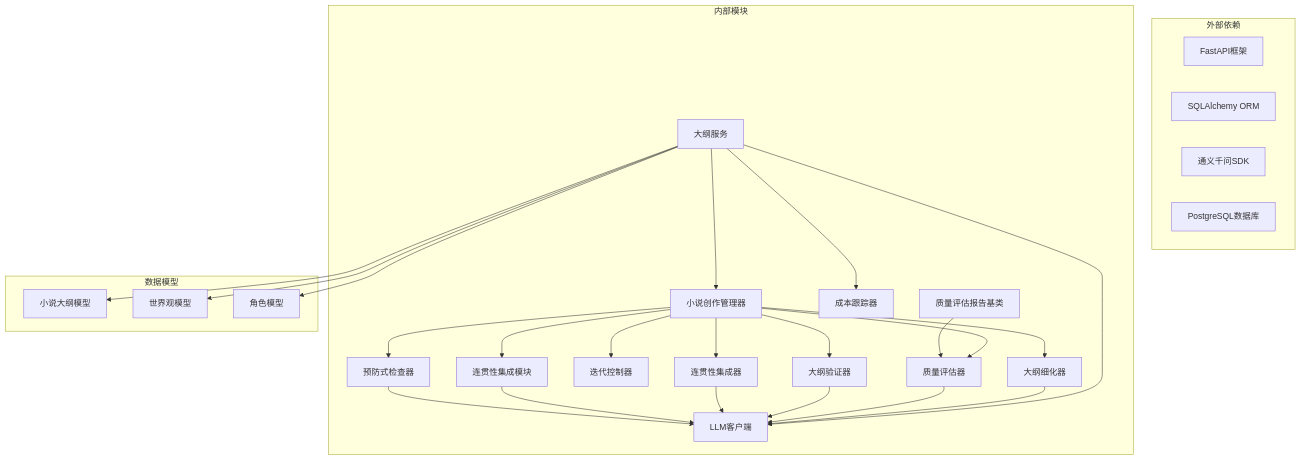
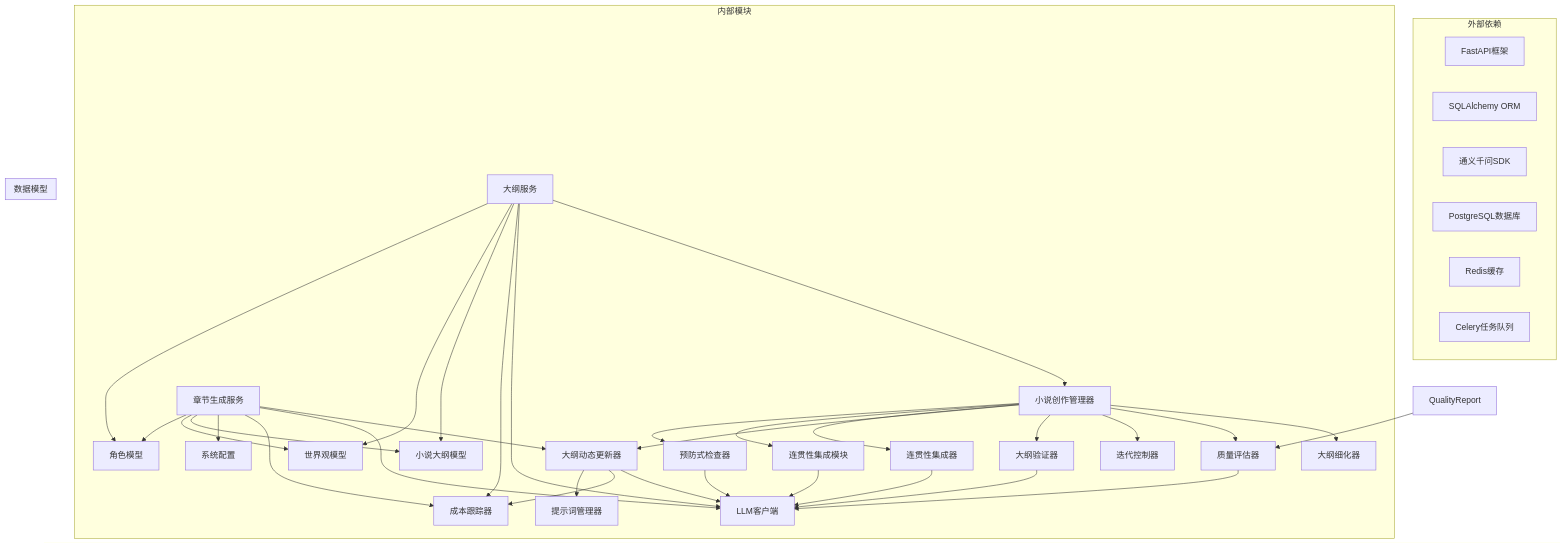
One commit to xfbyxq/ai-novel-system changed diagram 11 of 11 in .qoder/repowiki/zh/content/AI智能体系统/智能大纲完善系统.md. Above: the diagram before and after it, drawn with Mermaid. The commit also changed other lines of this file and 11 other files, not shown here.

````diff
--- a/.qoder/repowiki/zh/content/AI智能体系统/智能大纲完善系统.md
+++ b/.qoder/repowiki/zh/content/AI智能体系统/智能大纲完善系统.md
@@ -577,48 +762,66 @@
 ```mermaid
 graph TB
 subgraph "外部依赖"
 FastAPI[FastAPI框架]
 SQLAlchemy[SQLAlchemy ORM]
 DashScope[通义千问SDK]
 PostgreSQL[PostgreSQL数据库]
+Redis[Redis缓存]
+Celery[Celery任务队列]
 end
 subgraph "内部模块"
 CrewManager[小说创作管理器]
 OutlineRefiner[大纲细化器]
 QualityEvaluator[质量评估器]
 IterationController[迭代控制器]
 Validator[大纲验证器]
+DynamicUpdater[大纲动态更新器]
 ContinuityIntegration[连贯性集成器]
 ContinuityModule[连贯性集成模块]
 PreventionChecker[预防式检查器]
 OutlineService[大纲服务]
+GenerationService[章节生成服务]
 QwenClient[LLM客户端]
 CostTracker[成本跟踪器]
-QualityReport[质量评估报告基类]
+PromptManager[提示词管理器]
+Settings[系统配置]
+PlotOutline[小说大纲模型]
+WorldSetting[世界观模型]
+Character[角色模型]
 end
 subgraph "数据模型"
 PlotOutline[小说大纲模型]
 WorldSetting[世界观模型]
 Character[角色模型]
 end
 CrewManager --> OutlineRefiner
 CrewManager --> QualityEvaluator
 CrewManager --> IterationController
 CrewManager --> Validator
+CrewManager --> DynamicUpdater
 CrewManager --> ContinuityIntegration
 CrewManager --> ContinuityModule
 CrewManager --> PreventionChecker
 OutlineService --> CrewManager
 OutlineService --> QwenClient
 OutlineService --> CostTracker
-OutlineRefiner --> QwenClient
+GenerationService --> DynamicUpdater
+GenerationService --> QwenClient
+GenerationService --> CostTracker
+GenerationService --> Settings
+DynamicUpdater --> QwenClient
+DynamicUpdater --> CostTracker
+DynamicUpdater --> PromptManager
 QualityEvaluator --> QwenClient
 Validator --> QwenClient
 ContinuityIntegration --> QwenClient
 ContinuityModule --> QwenClient
 PreventionChecker --> QwenClient
 QualityReport --> QualityEvaluator
 OutlineService --> PlotOutline
 OutlineService --> WorldSetting
 OutlineService --> Character
+GenerationService --> PlotOutline
+GenerationService --> WorldSetting
+GenerationService --> Character
 ```
````
